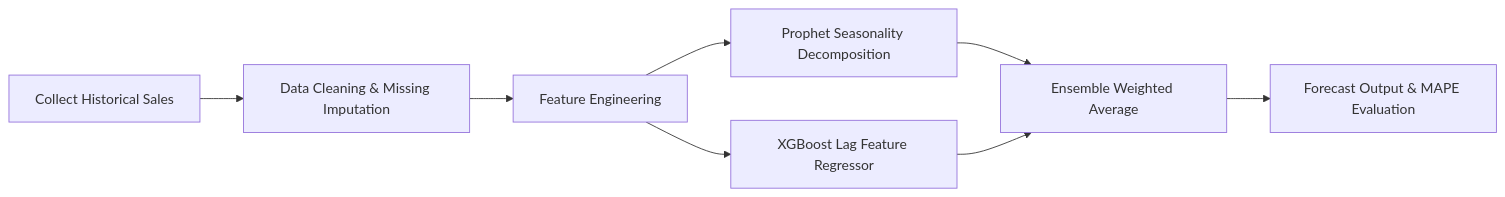
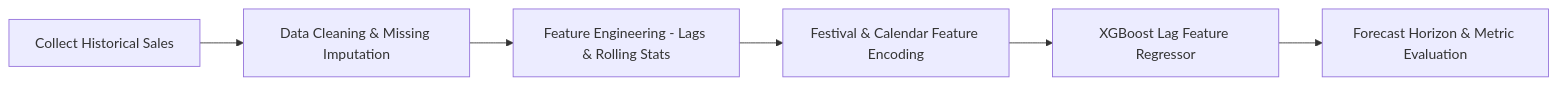
The second of 3 diagrams in ARCHITECTURE.md (chinmay-sys/RetaillMind), drawn with Mermaid before and after one commit. The commit also changed other lines of this file and 26 other files, not shown here.

````diff
--- a/ARCHITECTURE.md
+++ b/ARCHITECTURE.md
@@ -54,10 +57,8 @@
 ```mermaid
 flowchart LR
     A[Collect Historical Sales] --> B[Data Cleaning & Missing Imputation]
-    B --> C[Feature Engineering]
-    C --> D[Prophet Seasonality Decomposition]
-    C --> E[XGBoost Lag Feature Regressor]
-    D --> F[Ensemble Weighted Average]
-    E --> F
-    F --> G[Forecast Output & MAPE Evaluation]
+    B --> C[Feature Engineering - Lags & Rolling Stats]
+    C --> D[Festival & Calendar Feature Encoding]
+    D --> E[XGBoost Lag Feature Regressor]
+    E --> F[Forecast Horizon & Metric Evaluation]
 ```
````
